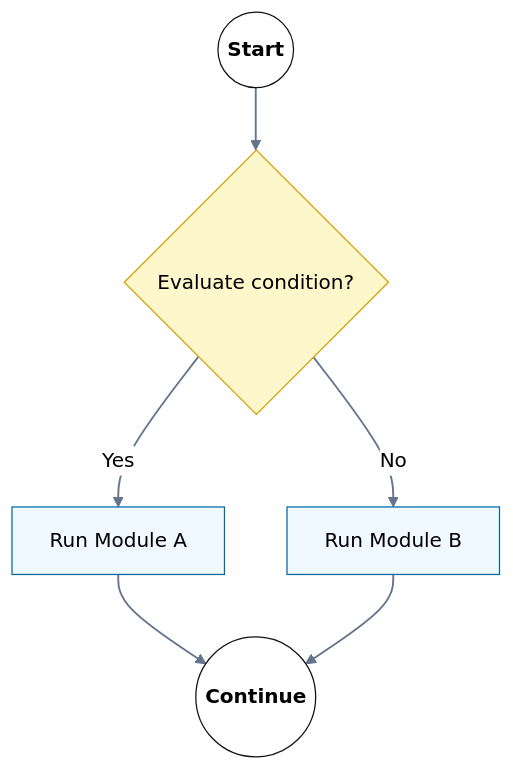
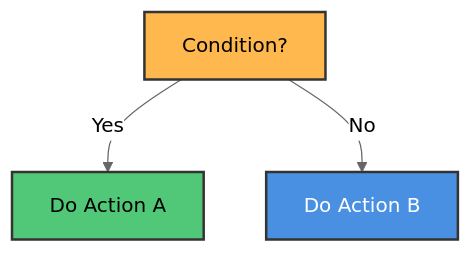
Before and after one commit to M-F-Tushar/CSE-2101-Data-Structure: the fifth of 9 diagrams in Chapter 2 - Preliminaries/README.md, drawn with Mermaid (neutral theme). The commit also changed other lines of this file, not shown here.

````diff
--- a/Chapter 2 - Preliminaries/README.md
+++ b/Chapter 2 - Preliminaries/README.md
@@ -585,13 +382,9 @@
 ```mermaid
-flowchart TD
-    %% Double-alternative selection logic (If/Else)
-    classDef terminal fill:#ffffff,stroke:#111,color:#000,font-weight:600;
-    classDef decision fill:#fff7cc,stroke:#d69e00,color:#000;
-    classDef process fill:#f0f9ff,stroke:#0369a1,color:#000;
-
-    Start((Start)):::terminal --> Cond{"Evaluate condition?"}:::decision
-    Cond -- Yes --> ModuleYes["Run Module A"]:::process --> End((Continue)):::terminal
-    Cond -- No --> ModuleNo["Run Module B"]:::process --> End
-
-    linkStyle default stroke:#64748b,stroke-width:1.5px
+graph TD
+    A["Condition?"] --> |Yes| B["Do Action A"]
+    A --> |No| C["Do Action B"]
+    
+    style A fill:#FFB84D,stroke:#333,stroke-width:2px,color:#000
+    style B fill:#50C878,stroke:#333,stroke-width:2px,color:#000
+    style C fill:#4A90E2,stroke:#333,stroke-width:2px,color:#fff
 ```
````
